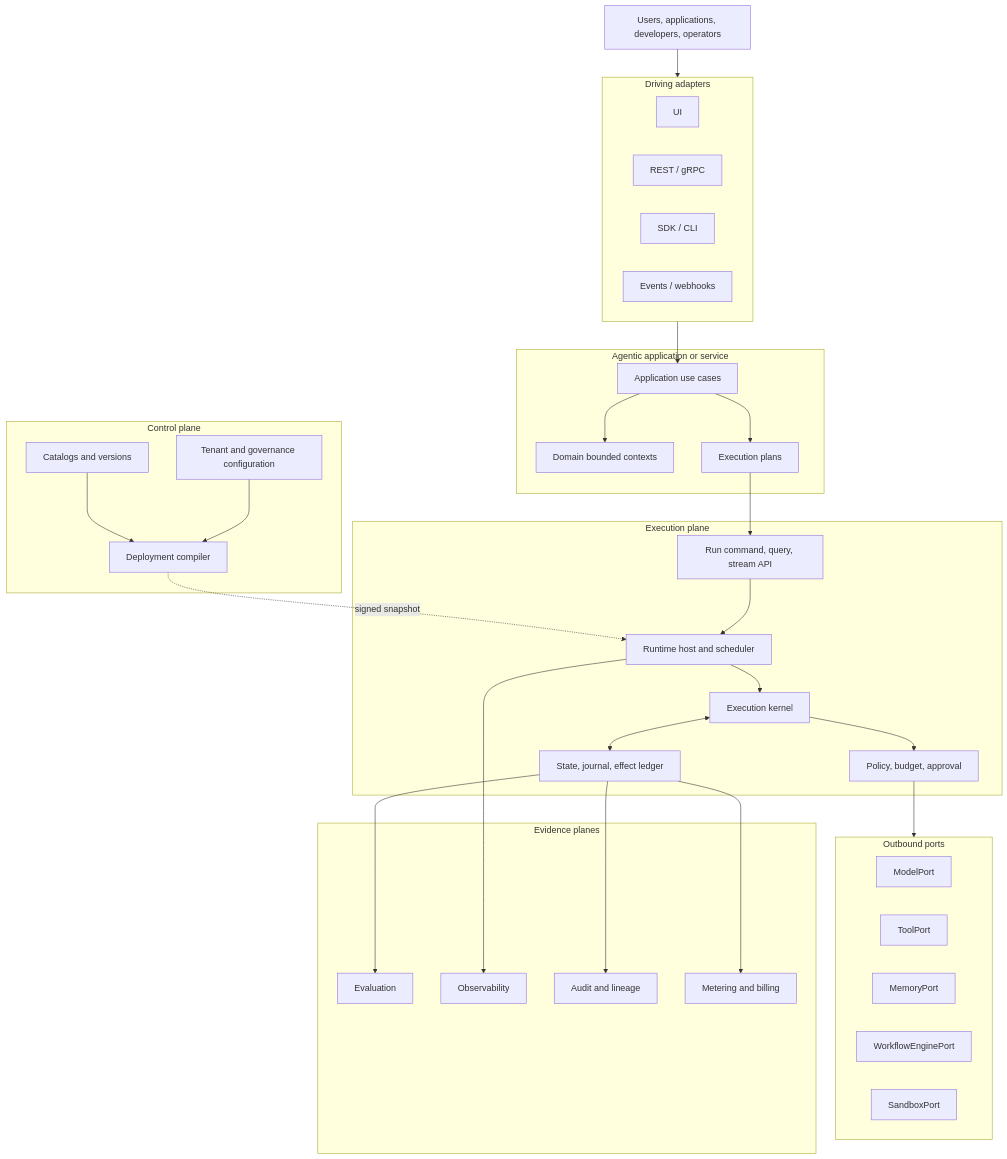
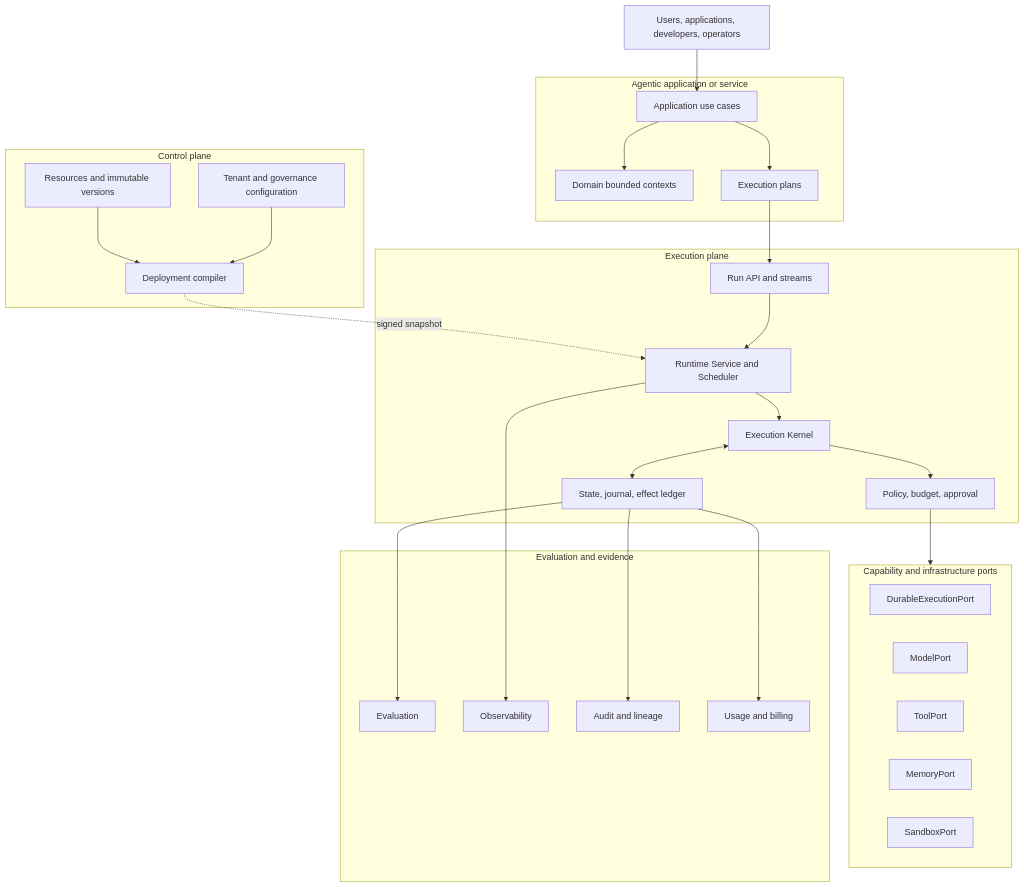
Before and after one commit to thaithienvanid/agentic-reference-architecture: the diagram in handbook/reference-architecture.mdx, drawn with Mermaid. The commit also changed other lines of this file, not shown here.

Commit message:
align the architecture overview with the canonical kernel and durable boundary

````diff
--- a/handbook/reference-architecture.mdx
+++ b/handbook/reference-architecture.mdx
@@ -10,64 +10,54 @@
 ```mermaid
 flowchart TB
     User["Users, applications, developers, operators"]
-
-    subgraph Inbound["Driving adapters"]
-      UI["UI"]
-      API["REST / gRPC"]
-      SDK["SDK / CLI"]
-      Ingest["Events / webhooks"]
-    end
 
     subgraph Product["Agentic application or service"]
       App["Application use cases"]
       Domain["Domain bounded contexts"]
       Plans["Execution plans"]
     end
 
     subgraph Control["Control plane"]
-      Catalogs["Catalogs and versions"]
+      Resources["Resources and immutable versions"]
       Compiler["Deployment compiler"]
       Tenant["Tenant and governance configuration"]
     end
 
-    subgraph Runtime["Execution plane"]
-      RunAPI["Run command, query, stream API"]
-      Host["Runtime host and scheduler"]
-      Kernel["Execution kernel"]
+    subgraph Execution["Execution plane"]
+      API["Run API and streams"]
+      Runtime["Runtime Service and Scheduler"]
+      Kernel["Execution Kernel"]
       Journal["State, journal, effect ledger"]
       Gate["Policy, budget, approval"]
     end
 
-    subgraph Ports["Outbound ports"]
+    subgraph Ports["Capability and infrastructure ports"]
+      Durable["DurableExecutionPort"]
       Model["ModelPort"]
       Tool["ToolPort"]
       Memory["MemoryPort"]
-      Engine["WorkflowEnginePort"]
       Sandbox["SandboxPort"]
     end
 
-    subgraph Evidence["Evidence planes"]
+    subgraph Evidence["Evaluation and evidence"]
       Eval["Evaluation"]
       OTel["Observability"]
       Audit["Audit and lineage"]
-      Meter["Metering and billing"]
+      Meter["Usage and billing"]
     end
 
-    User --> Inbound
-    Inbound --> App
+    User --> App
     App --> Domain
     App --> Plans
-    Plans --> RunAPI
-    Catalogs --> Compiler
+    Plans --> API
+    Resources --> Compiler
     Tenant --> Compiler
-    Compiler -. "signed snapshot" .-> Host
-    RunAPI --> Host
-    Host --> Kernel
+    Compiler -. signed snapshot .-> Runtime
+    API --> Runtime --> Kernel
     Kernel <--> Journal
-    Kernel --> Gate
-    Gate --> Ports
+    Kernel --> Gate --> Ports
     Journal --> Eval
-    Host --> OTel
+    Runtime --> OTel
     Journal --> Audit
     Journal --> Meter
 ```
````
